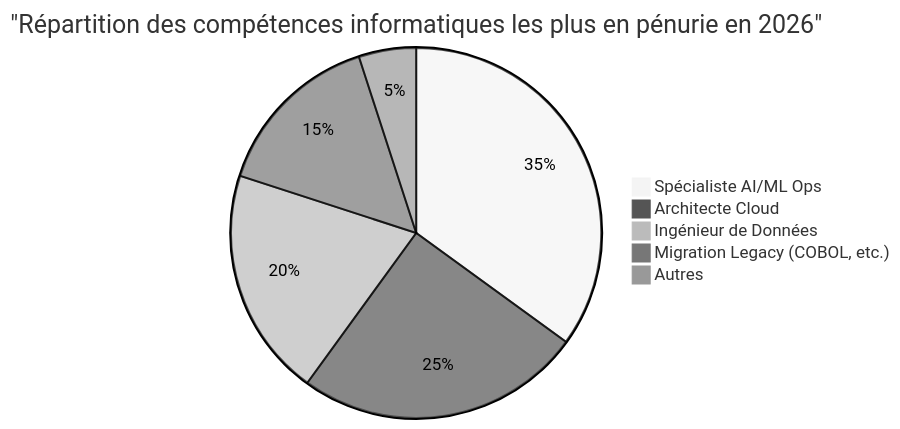
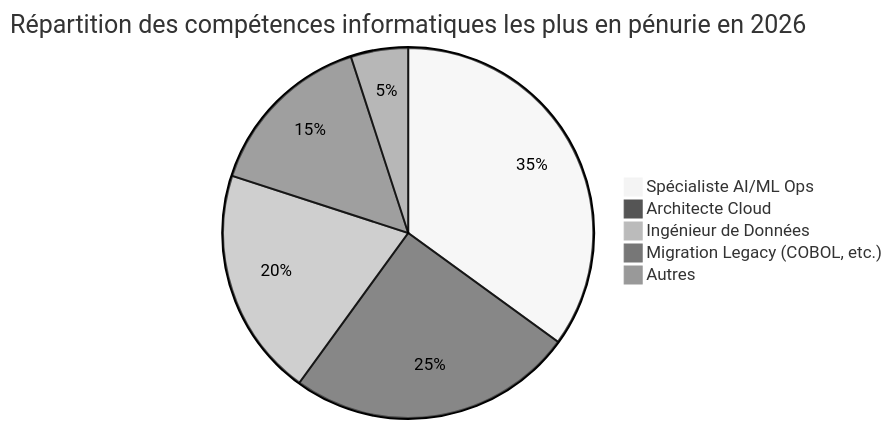
The second of 4 diagrams in content/post/it_talent_shortage_2026/index.fr.md (kenjinote/blog), drawn with Mermaid (neutral theme) before and after one commit. The commit also changed other lines of this file and 703 other files, not shown here.

Commit message:
Fix: Remove quotes from Mermaid link texts and timeline definitions to support Mermaid 11.4.1

````diff
--- a/content/post/it_talent_shortage_2026/index.fr.md
+++ b/content/post/it_talent_shortage_2026/index.fr.md
@@ -77,8 +77,8 @@
 ```mermaid
-pie title "Répartition des compétences informatiques les plus en pénurie en 2026"
+pie title Répartition des compétences informatiques les plus en pénurie en 2026
     "Spécialiste AI/ML Ops" : 35
     "Architecte Cloud" : 25
     "Ingénieur de Données" : 20
     "Migration Legacy (COBOL, etc.)" : 15
     "Autres" : 5
 ```
````
